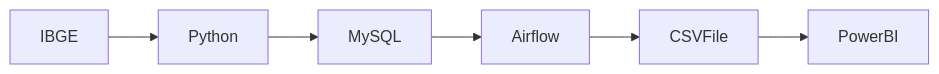
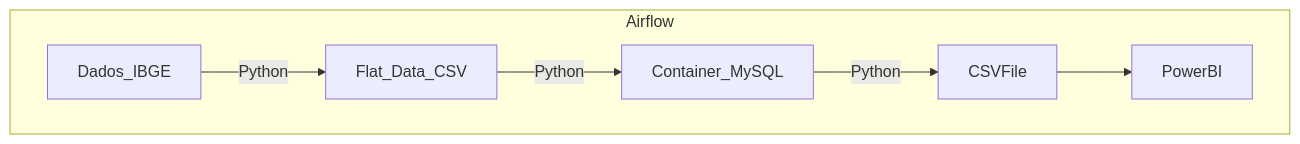
Before and after one commit to ruben216/desafio_especialista_bi: the diagram in README.md, drawn with Mermaid. The commit also changed other lines of this file, not shown here.

````diff
--- a/README.md
+++ b/README.md
@@ -29,4 +10,7 @@
 ```mermaid
 flowchart LR
-   IBGE --> Python --> MySQL --> Airflow --> CSVFile --> PowerBI
+  subgraph one [Airflow]
+   direction LR
+    Dados_IBGE --Python--> Flat_Data_CSV --Python--> Container_MySQL --Python--> CSVFile --> PowerBI
+  end
 ```
````
